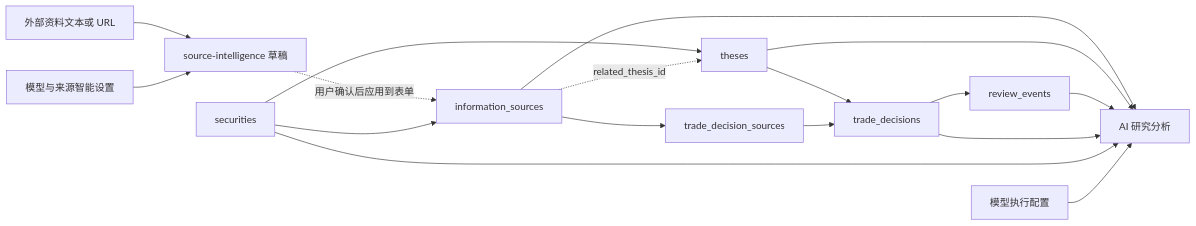
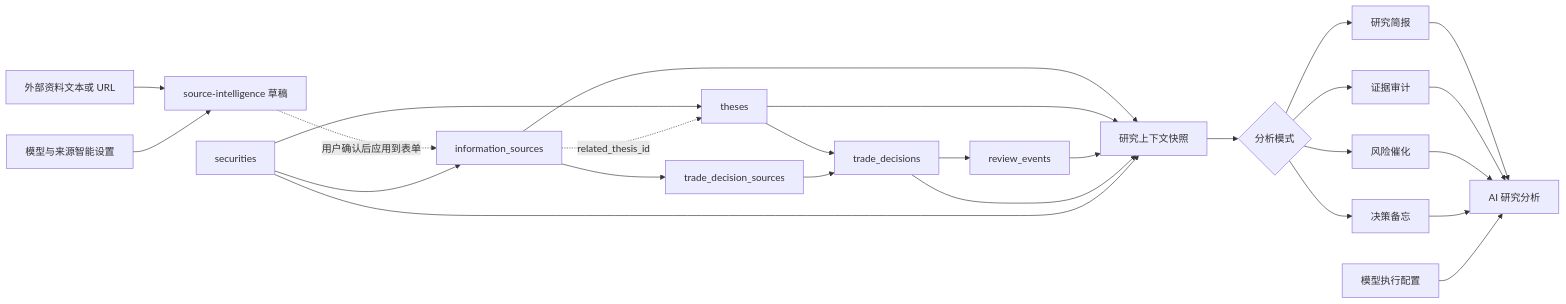
One commit to wongziu/Personal-Financial-Tools changed the fourth of 8 diagrams in docs/function-knowledge-graph.md. Above: the diagram before and after it, drawn with Mermaid. The commit also changed other lines of this file and 5 other files, not shown here.

````diff
--- a/docs/function-knowledge-graph.md
+++ b/docs/function-knowledge-graph.md
@@ -119,20 +119,29 @@
 ```mermaid
 flowchart LR
   ExternalText["外部资料文本或 URL"] --> SourceDraft["source-intelligence 草稿"]
   Settings["模型与来源智能设置"] --> SourceDraft
   SourceDraft -.->|用户确认后应用到表单| Sources["information_sources"]
 
   Securities["securities"] --> Sources
   Securities --> Theses["theses"]
   Sources -.->|related_thesis_id| Theses
   Theses --> TradeDecisions["trade_decisions"]
   Sources --> TradeDecisionSources["trade_decision_sources"]
   TradeDecisionSources --> TradeDecisions
   TradeDecisions --> ReviewEvents["review_events"]
-  Sources --> ResearchAi["AI 研究分析"]
-  Theses --> ResearchAi
-  ReviewEvents --> ResearchAi
-  TradeDecisions --> ResearchAi
-  Securities --> ResearchAi
+  Sources --> ContextSnapshot["研究上下文快照"]
+  Theses --> ContextSnapshot
+  ReviewEvents --> ContextSnapshot
+  TradeDecisions --> ContextSnapshot
+  Securities --> ContextSnapshot
+  ContextSnapshot --> AnalysisMode{"分析模式"}
+  AnalysisMode --> Brief["研究简报"]
+  AnalysisMode --> EvidenceAudit["证据审计"]
+  AnalysisMode --> RiskCatalyst["风险催化"]
+  AnalysisMode --> DecisionMemo["决策备忘"]
+  Brief --> ResearchAi["AI 研究分析"]
+  EvidenceAudit --> ResearchAi
+  RiskCatalyst --> ResearchAi
+  DecisionMemo --> ResearchAi
   ModelConfig["模型执行配置"] --> ResearchAi
 ```
````
